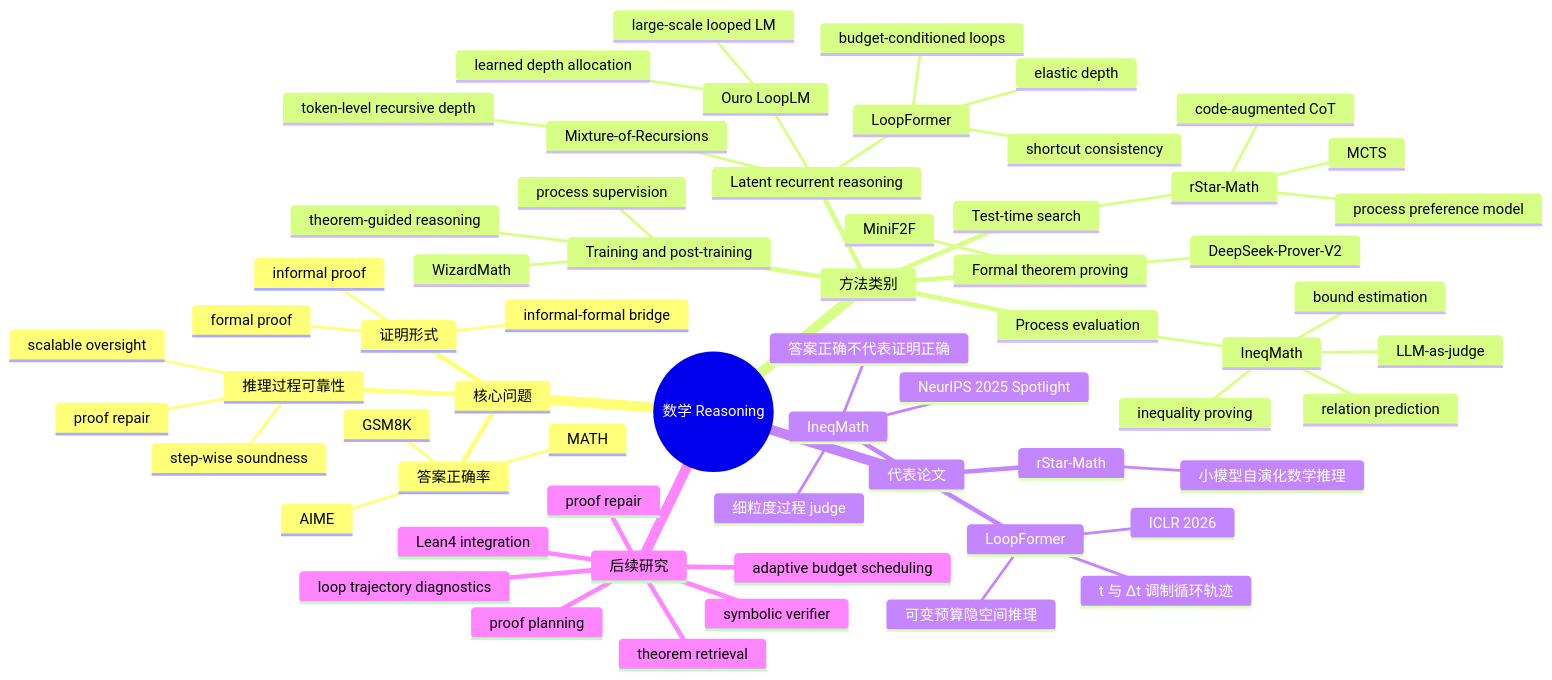
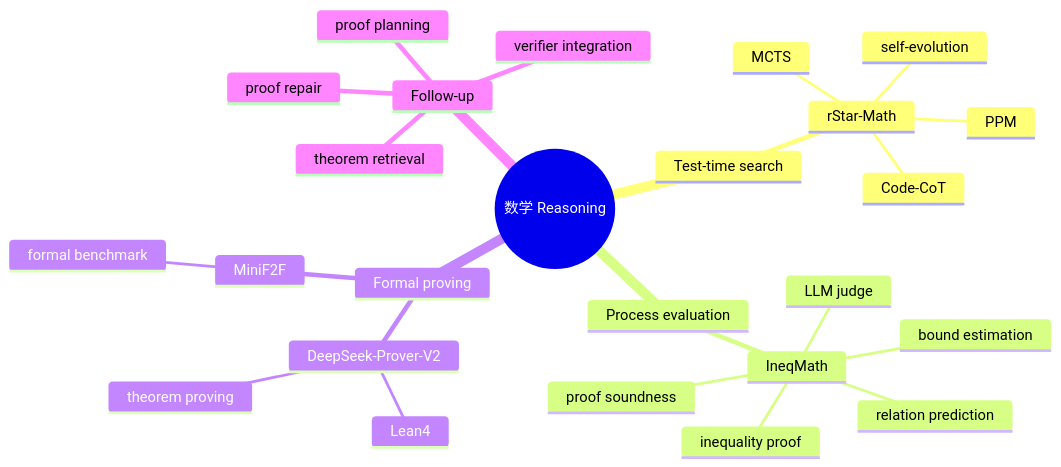
One commit to ziyi-wang2003/studynote changed the diagram in content/新论文新技术/数学 Reasoning/数学 Reasoning_思维导图.md. Above: the diagram before and after it, drawn with Mermaid. The commit also changed other lines of this file and 10 other files, not shown here.

Commit message:
整理 Looped Transformer 章节和思维导图

````diff
--- a/content/新论文新技术/数学 Reasoning/数学 Reasoning_思维导图.md
+++ b/content/新论文新技术/数学 Reasoning/数学 Reasoning_思维导图.md
@@ -12,65 +12,28 @@
 ```mermaid
 mindmap
   root((数学 Reasoning))
-    核心问题
-      答案正确率
-        GSM8K
-        MATH
-        AIME
-      推理过程可靠性
-        step-wise soundness
-        proof repair
-        scalable oversight
-      证明形式
-        informal proof
-        formal proof
-        informal-formal bridge
-    方法类别
-      Test-time search
-        rStar-Math
-          MCTS
-          code-augmented CoT
-          process preference model
-      Process evaluation
-        IneqMath
-          inequality proving
-          bound estimation
-          relation prediction
-          LLM-as-judge
-      Formal theorem proving
-        MiniF2F
-        DeepSeek-Prover-V2
-      Training and post-training
-        WizardMath
-        process supervision
-        theorem-guided reasoning
-      Latent recurrent reasoning
-        LoopFormer
-          elastic depth
-          shortcut consistency
-          budget-conditioned loops
-        Ouro LoopLM
-          large-scale looped LM
-          learned depth allocation
-        Mixture-of-Recursions
-          token-level recursive depth
-    代表论文
+    Test-time search
       rStar-Math
-        小模型自演化数学推理
+        MCTS
+        Code-CoT
+        PPM
+        self-evolution
+    Process evaluation
       IneqMath
-        NeurIPS 2025 Spotlight
-        答案正确不代表证明正确
-        细粒度过程 judge
-      LoopFormer
-        ICLR 2026
-        可变预算隐空间推理
-        t 与 Δt 调制循环轨迹
-    后续研究
-      theorem retrieval
+        inequality proof
+        bound estimation
+        relation prediction
+        LLM judge
+        proof soundness
+    Formal proving
+      DeepSeek-Prover-V2
+        Lean4
+        theorem proving
+      MiniF2F
+        formal benchmark
+    Follow-up
       proof planning
       proof repair
-      symbolic verifier
-      Lean4 integration
-      loop trajectory diagnostics
-      adaptive budget scheduling
+      verifier integration
+      theorem retrieval
 ```
````
